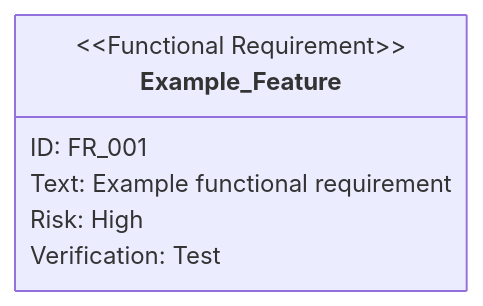
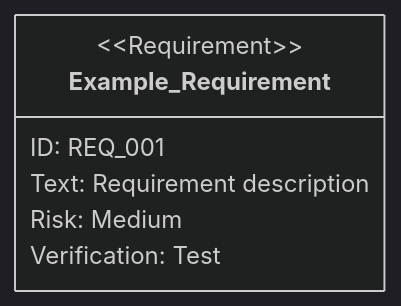
One commit to ToshikiImagawa/ai-sdd-workflow changed the tenth of 15 diagrams in plugins/sdd-workflow/shared/references/mermaid_notation_rules.md. Above: the diagram before and after it, drawn with Mermaid. The commit also changed other lines of this file and 4 other files, not shown here.

Commit message:
Mermaidを用いたユースケース図ガイドを拡充し、新規ドキュメントを追加。内容には、要素の詳細説明、関連図表の具体例、および記述スタイルや制限事項への注意点が含まれます。また、関連リファレンスを `agents/references` ディレクトリに移動し、構成を整理。

````diff
--- a/plugins/sdd-workflow/shared/references/mermaid_notation_rules.md
+++ b/plugins/sdd-workflow/shared/references/mermaid_notation_rules.md
@@ -40,9 +183,11 @@
 ```mermaid
+%%{init: {'theme': 'dark'}}%%
 requirementDiagram
-    functionalRequirement Example_Feature {
-        id: FR_001
-        text: "Example functional requirement"
-        risk: high
+
+    requirement Example_Requirement {
+        id: REQ_001
+        text: "Requirement description"
+        risk: medium
         verifymethod: test
     }
 ```
````
